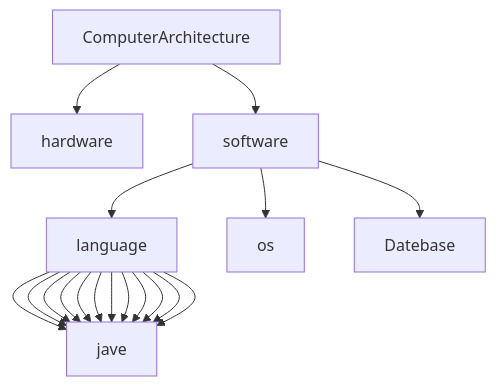
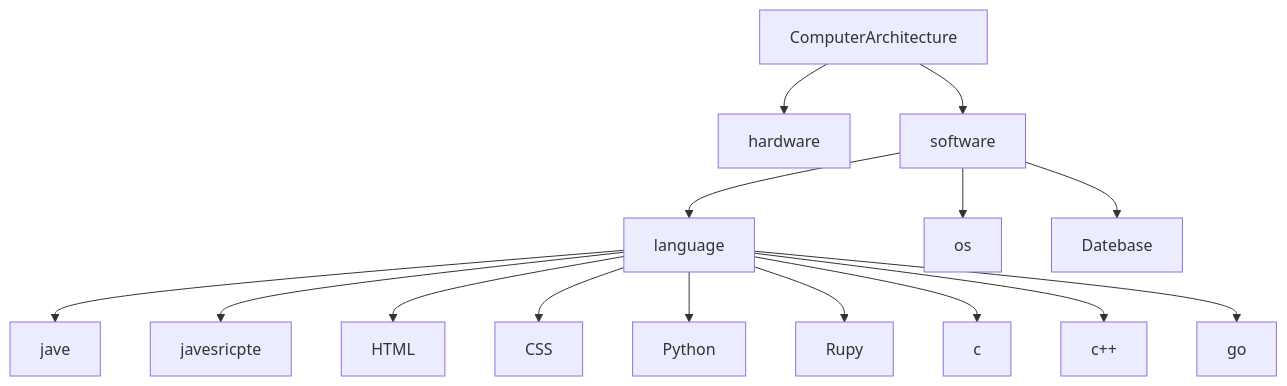
Before and after one commit to qmarsun/computer: the diagram in computer1.md, drawn with Mermaid.

````diff
--- a/computer1.md
+++ b/computer1.md
@@ -1,22 +1,20 @@
 ```mermaid
 graph TD;
     ComputerArchitecture-->hardware;
     ComputerArchitecture-->software;
     
     software-->language;
     software-->os;
     software-->Datebase;
     language-->jave
-    language-->jave
-    language-->jave
-    language-->jave
-    language-->jave
-    language-->jave
+    language-->javesricpte
+    language-->HTML
+    language-->CSS
+    language-->Python
+    language-->Rupy
 
-    language-->jave
-    language-->jave
-    language-->jave
-    language-->jave
-    language-->jave
-    language-->jave
+    language-->c
+    language-->c++
+    language-->go
+   
 ``` 
````
